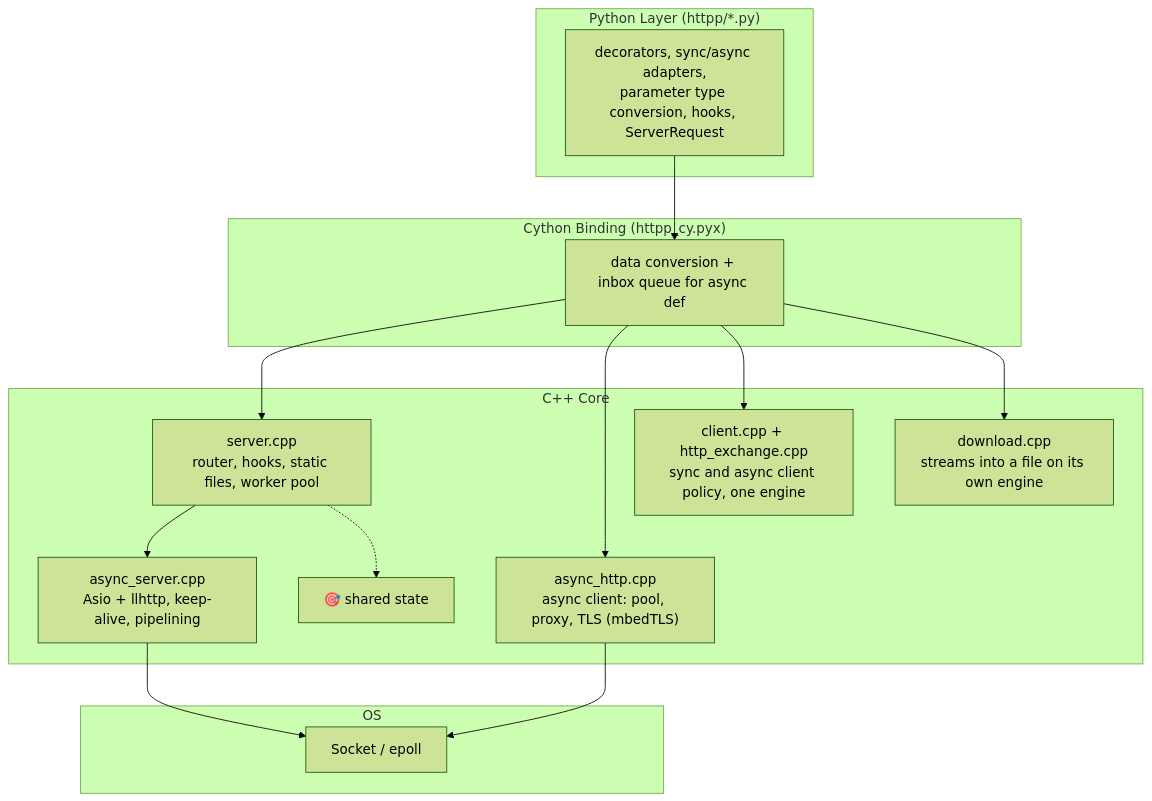
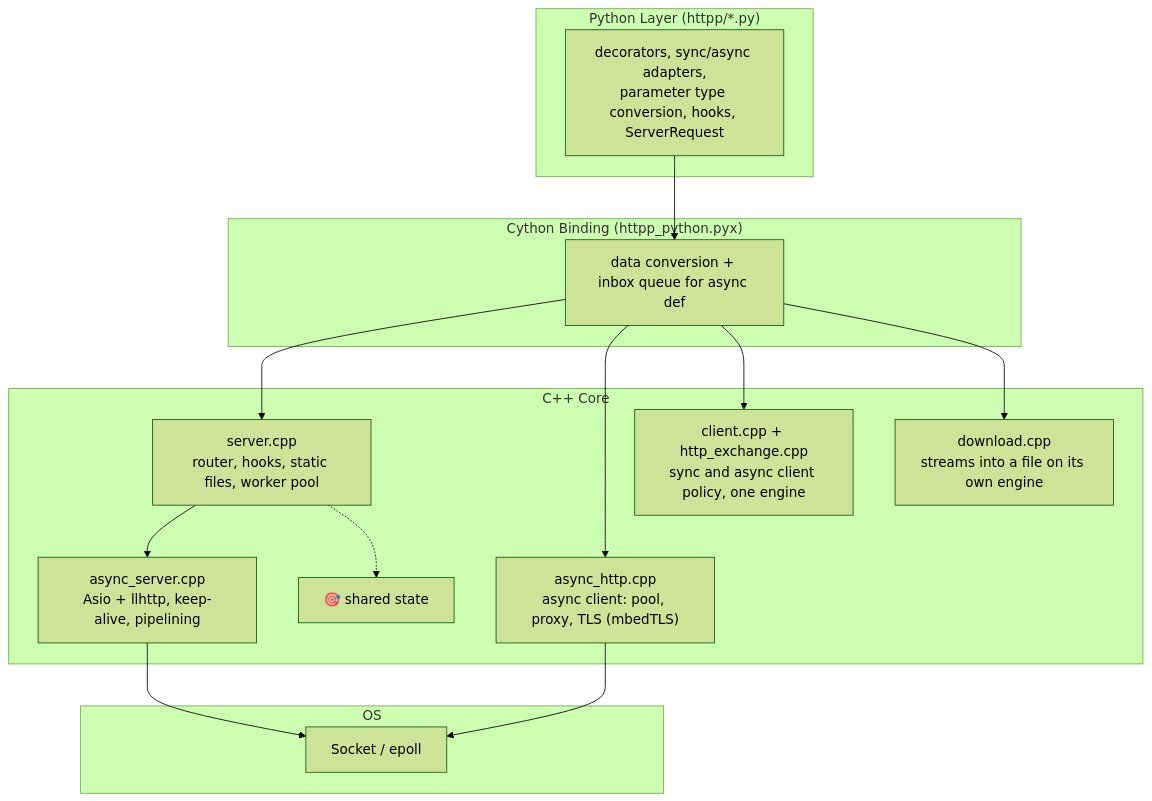
One commit to MohammadRaziei/httpp changed the first of 6 diagrams in docs/Architecture.md. Above: the diagram before and after it, drawn with Mermaid (forest theme). The commit also changed 48 other files, not shown here.

````diff
--- a/docs/Architecture.md
+++ b/docs/Architecture.md
@@ -60,33 +60,33 @@
 ```mermaid
 graph TB
     subgraph "Python Layer (httpp/*.py)"
         PY["decorators, sync/async adapters,<br/>parameter type conversion, hooks, ServerRequest"]
     end
 
-    subgraph "Cython Binding (httpp_cy.pyx)"
+    subgraph "Cython Binding (httpp_python.pyx)"
         BIND["data conversion + inbox queue for async def"]
     end
 
     subgraph "C++ Core"
         SRV["server.cpp<br/>router, hooks, static files, worker pool"]
         ENG["async_server.cpp<br/>Asio + llhttp, keep-alive, pipelining"]
         ACLI["async_http.cpp<br/>async client: pool, proxy, TLS (mbedTLS)"]
         SCLI["client.cpp + http_exchange.cpp<br/>sync and async client policy, one engine"]
         DLD["download.cpp<br/>streams into a file on its own engine"]
         SHM["🎯 shared state"]
     end
 
     subgraph "OS"
         SOCK["Socket / epoll"]
     end
 
     PY --> BIND
     BIND --> SRV
     BIND --> ACLI
     BIND --> SCLI
     BIND --> DLD
     SRV --> ENG
     ENG --> SOCK
     ACLI --> SOCK
     SRV -.-> SHM
 ```
````
